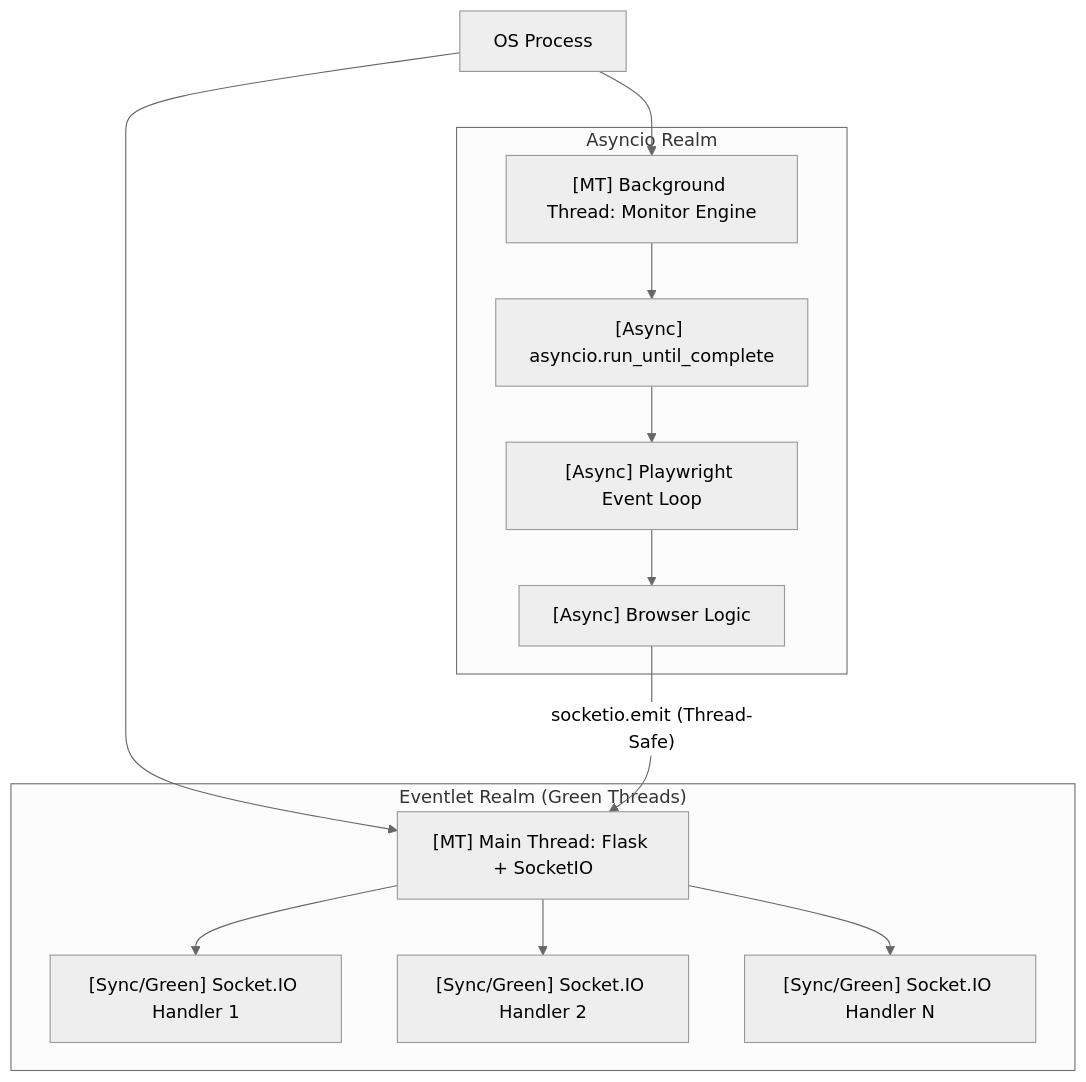
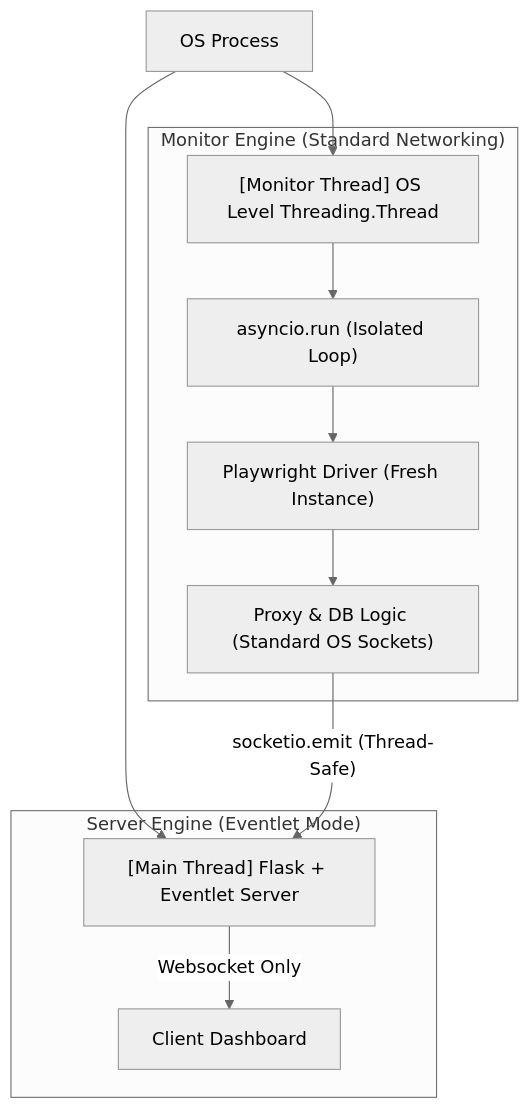
Before and after one commit to joshuatochinwachi/Pokemon-Center-Monitor-MicroService: the diagram in concurrency_analysis.md, drawn with Mermaid (neutral theme). The commit also changed other lines of this file, not shown here.

````diff
--- a/concurrency_analysis.md
+++ b/concurrency_analysis.md
@@ -11,19 +11,17 @@
 ```mermaid
 graph TD
-    A[OS Process] --> B["[MT] Main Thread: Flask + SocketIO"]
-    A --> C["[MT] Background Thread: Monitor Engine"]
+    A[OS Process] --> B["[Main Thread] Flask + Eventlet Server"]
+    A --> C["[Monitor Thread] OS Level Threading.Thread"]
     
-    subgraph "Eventlet Realm (Green Threads)"
-        B --> B1["[Sync/Green] Socket.IO Handler 1"]
-        B --> B2["[Sync/Green] Socket.IO Handler 2"]
-        B --> B3["[Sync/Green] Socket.IO Handler N"]
+    subgraph "Server Engine (Eventlet Mode)"
+        B -- "Websocket Only" --> B1["Client Dashboard"]
     end
     
-    subgraph "Asyncio Realm"
-        C --> C1["[Async] asyncio.run_until_complete"]
-        C1 --> C2["[Async] Playwright Event Loop"]
-        C2 --> C3["[Async] Browser Logic"]
+    subgraph "Monitor Engine (Standard Networking)"
+        C --> C1["asyncio.run (Isolated Loop)"]
+        C1 --> C2["Playwright Driver (Fresh Instance)"]
+        C2 --> C3["Proxy & DB Logic (Standard OS Sockets)"]
     end
     
     C3 -- "socketio.emit (Thread-Safe)" --> B
 ```
````
